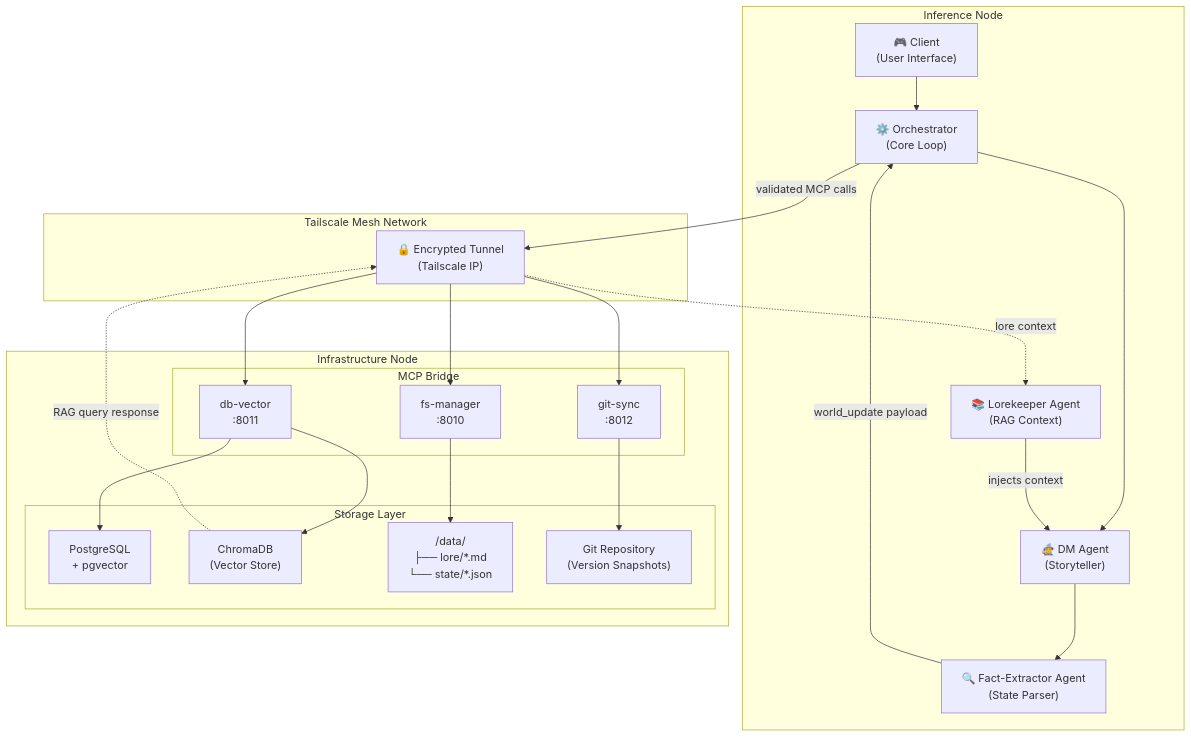
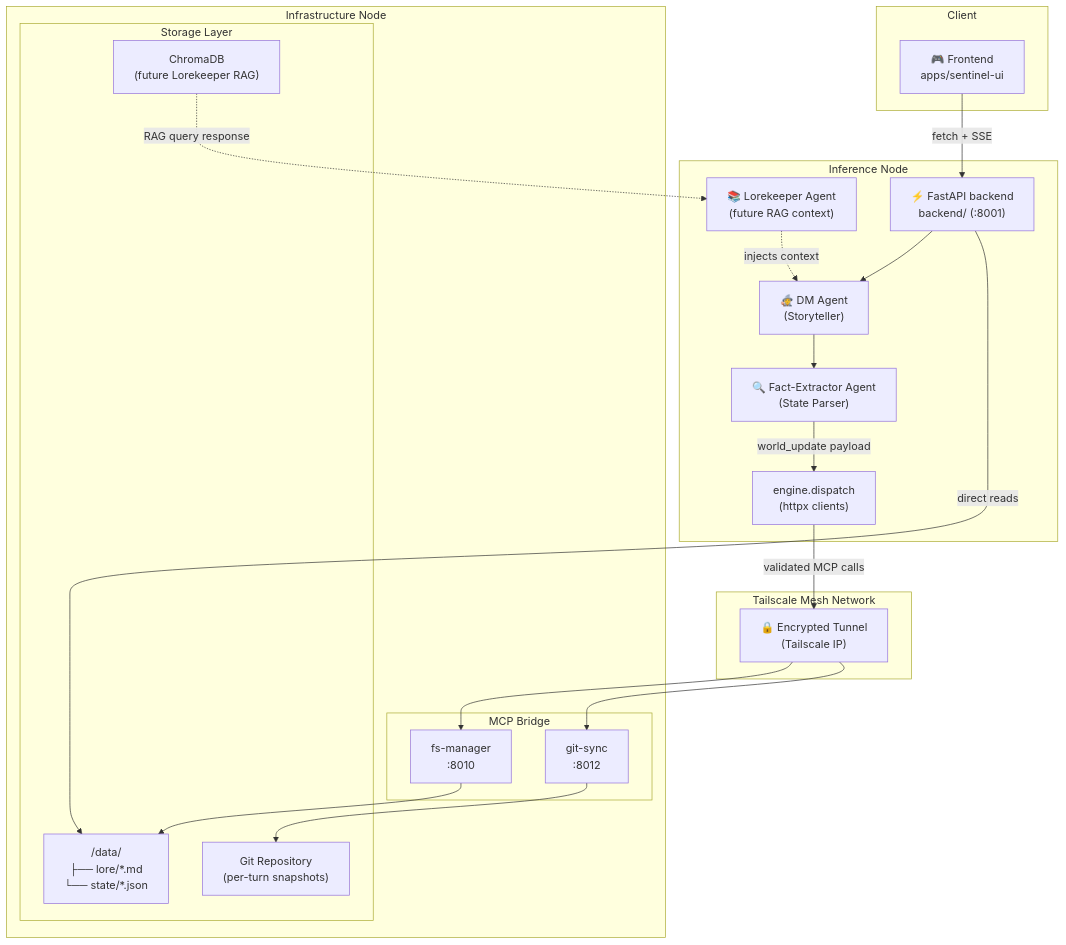
The first of 3 diagrams in ARCHITECTURE.md (russalo/project-sentinel), drawn with Mermaid before and after one commit. The commit also changed other lines of this file and 9 other files, not shown here.

````diff
--- a/ARCHITECTURE.md
+++ b/ARCHITECTURE.md
@@ -248,41 +233,42 @@
 ```mermaid
 graph TB
+    subgraph CLIENT["Client"]
+        UI["🎮 Frontend\napps/sentinel-ui"]
+    end
+
     subgraph INFERENCE["Inference Node"]
-        Client["🎮 Client\n(User Interface)"]
-        Orch["⚙️ Orchestrator\n(Core Loop)"]
+        BE["⚡ FastAPI backend\nbackend/ (:8001)"]
         DM["🧙 DM Agent\n(Storyteller)"]
         FE["🔍 Fact-Extractor Agent\n(State Parser)"]
-        LK["📚 Lorekeeper Agent\n(RAG Context)"]
+        LK["📚 Lorekeeper Agent\n(future RAG context)"]
+        DISP["engine.dispatch\n(httpx clients)"]
     end
 
     subgraph NET["Tailscale Mesh Network"]
         TS["🔒 Encrypted Tunnel\n(Tailscale IP)"]
     end
 
     subgraph INFRA["Infrastructure Node"]
         subgraph MCP["MCP Bridge"]
             FSM["fs-manager\n:8010"]
-            DBV["db-vector\n:8011"]
             GS["git-sync\n:8012"]
         end
         subgraph STORAGE["Storage Layer"]
-            PG["PostgreSQL\n+ pgvector"]
-            CB["ChromaDB\n(Vector Store)"]
+            CB["ChromaDB\n(future Lorekeeper RAG)"]
             FS["/data/\n├── lore/*.md\n└── state/*.json"]
-            GIT["Git Repository\n(Version Snapshots)"]
+            GIT["Git Repository\n(per-turn snapshots)"]
         end
     end
 
-    Client --> Orch
-    Orch --> DM
-    LK -->|injects context| DM
+    UI -->|fetch + SSE| BE
+    BE --> DM
+    LK -.->|injects context| DM
     DM --> FE
-    FE -->|world_update payload| Orch
-    Orch -->|validated MCP calls| TS
-    TS --> FSM & DBV & GS
+    FE -->|world_update payload| DISP
+    DISP -->|validated MCP calls| TS
+    TS --> FSM & GS
     FSM --> FS
-    DBV --> PG & CB
     GS --> GIT
-    CB -.->|RAG query response| TS
-    TS -.->|lore context| LK
+    CB -.->|RAG query response| LK
+    BE -->|direct reads| FS
 ```
````
